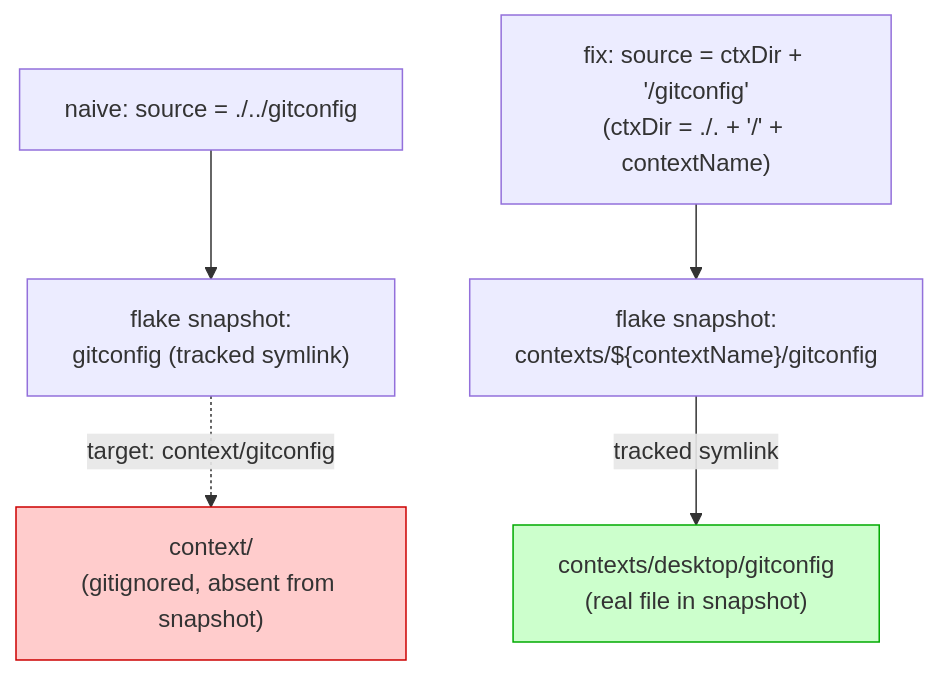
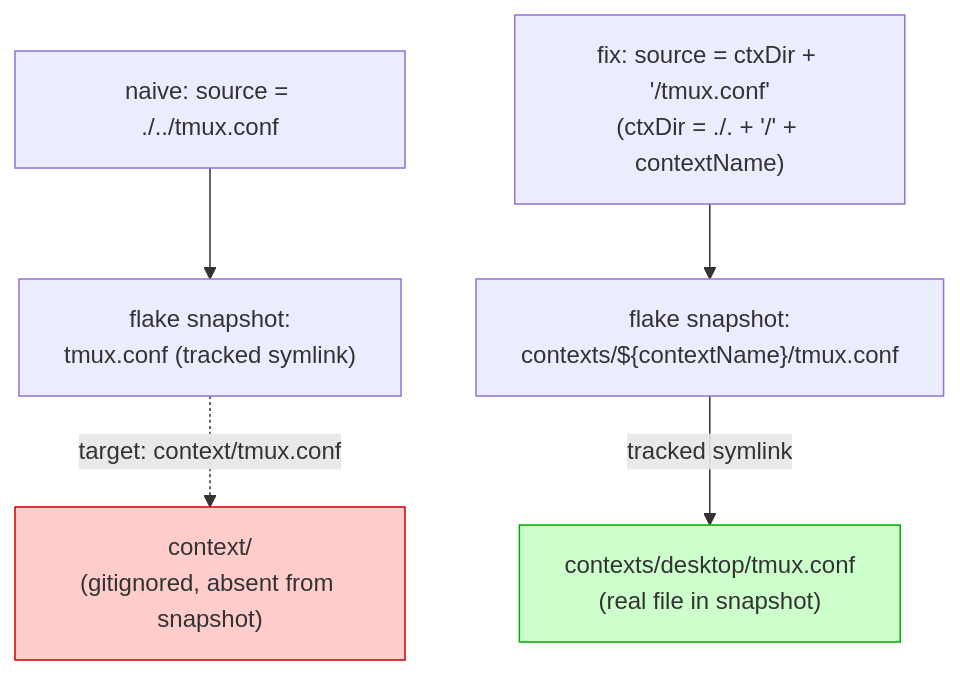
One commit to binaryphile/dotfiles changed the diagram in docs/design.md. Above: the diagram before and after it, drawn with Mermaid. The commit also changed other lines of this file and 5 other files, not shown here.

````diff
--- a/docs/design.md
+++ b/docs/design.md
@@ -151,11 +152,11 @@
 ```mermaid
 flowchart TD
-    N["naive: source = ./../gitconfig"] --> N1["flake snapshot:<br/>gitconfig (tracked symlink)"]
-    N1 -.->|"target: context/gitconfig"| N2["context/<br/>(gitignored, absent from snapshot)"]
+    N["naive: source = ./../tmux.conf"] --> N1["flake snapshot:<br/>tmux.conf (tracked symlink)"]
+    N1 -.->|"target: context/tmux.conf"| N2["context/<br/>(gitignored, absent from snapshot)"]
 
-    F["fix: source = ctxDir + '/gitconfig'<br/>(ctxDir = ./. + '/' + contextName)"] --> F1["flake snapshot:<br/>contexts/${contextName}/gitconfig"]
-    F1 -->|"tracked symlink"| F2["contexts/desktop/gitconfig<br/>(real file in snapshot)"]
+    F["fix: source = ctxDir + '/tmux.conf'<br/>(ctxDir = ./. + '/' + contextName)"] --> F1["flake snapshot:<br/>contexts/${contextName}/tmux.conf"]
+    F1 -->|"tracked symlink"| F2["contexts/desktop/tmux.conf<br/>(real file in snapshot)"]
 
     style N2 fill:#ffcccc,stroke:#cc0000
     style F2 fill:#ccffcc,stroke:#00aa00
 ```
````
